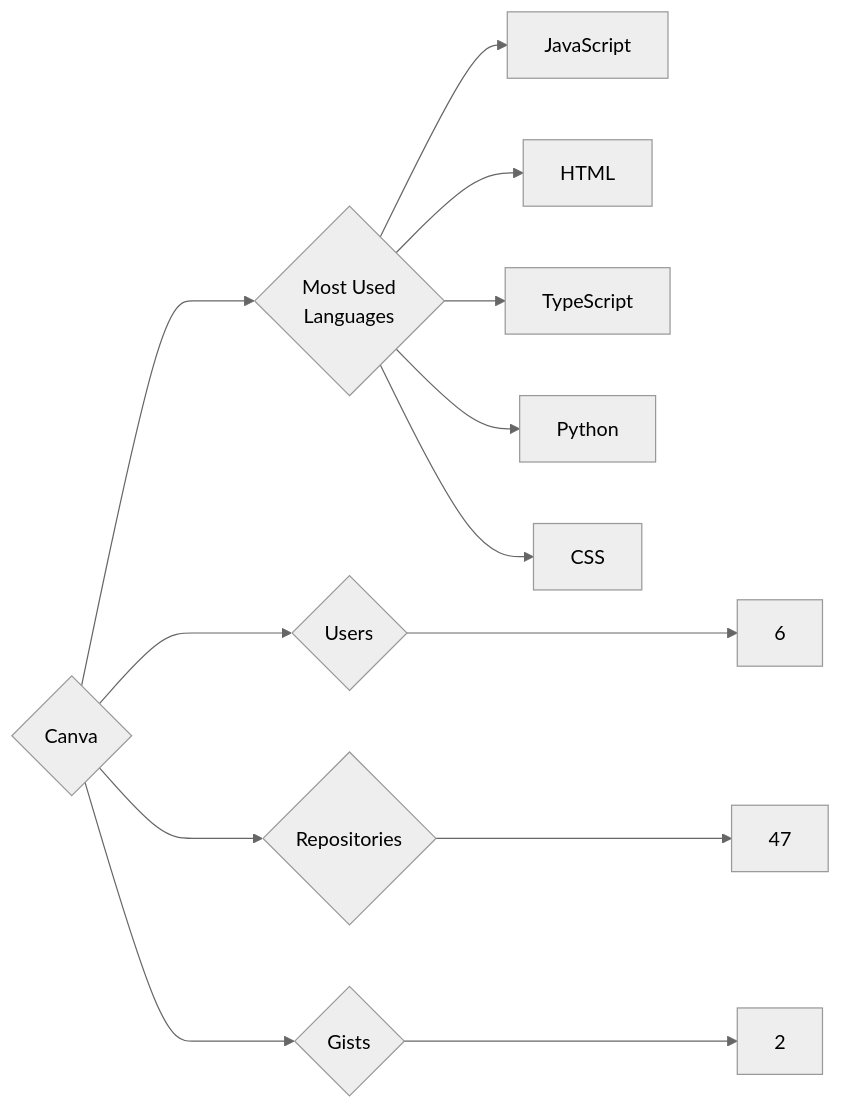
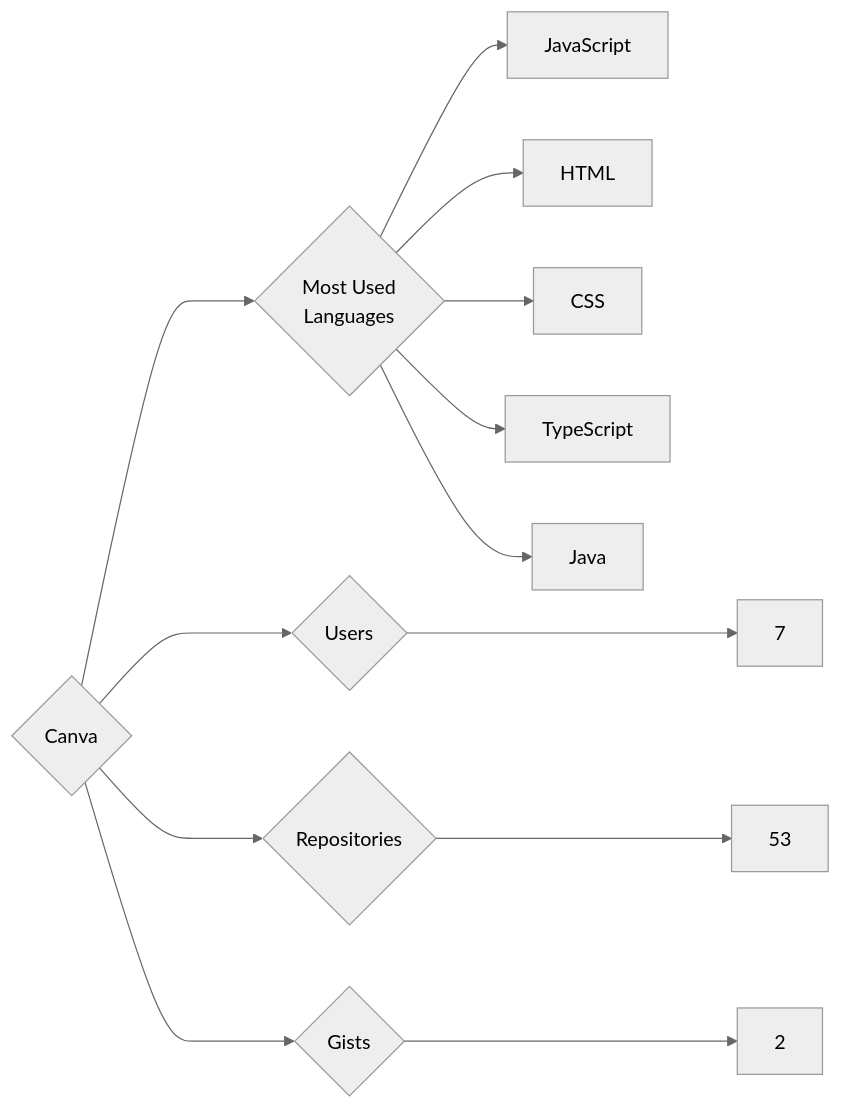
The diagram in targets/Canva/README.md (trickest/insiders), drawn with Mermaid (neutral theme) before and after one commit. The commit also changed 815 other files, not shown here.

````diff
--- a/targets/Canva/README.md
+++ b/targets/Canva/README.md
@@ -3,13 +3,13 @@
 ```mermaid
 graph LR
 COMPANY_NAME{Canva}
-COMPANY_NAME ---> U{Users} ---> UN[6]
-COMPANY_NAME ---> R{Repositories} ---> RN[47]
+COMPANY_NAME ---> U{Users} ---> UN[7]
+COMPANY_NAME ---> R{Repositories} ---> RN[53]
 COMPANY_NAME ---> G{Gists} ---> GN[2]
 COMPANY_NAME ---> ML{Most Used<br>Languages}
 ML --> JavaScript[JavaScript]
 ML --> HTML[HTML]
+ML --> CSS[CSS]
 ML --> TypeScript[TypeScript]
-ML --> Python[Python]
-ML --> CSS[CSS]
+ML --> Java[Java]
 ```
````
